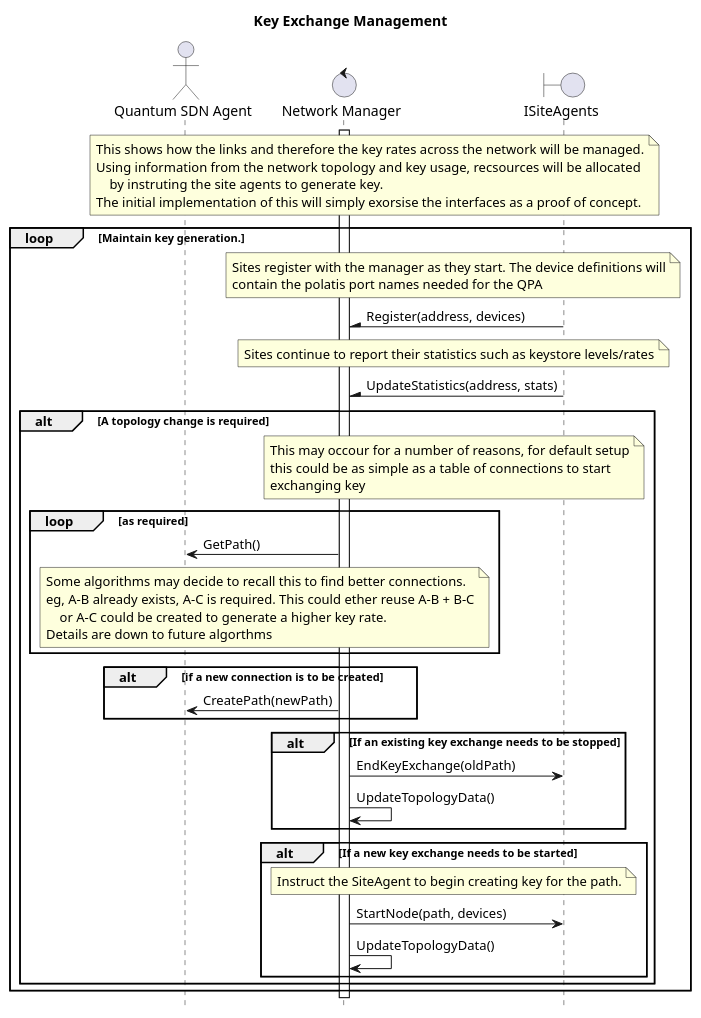
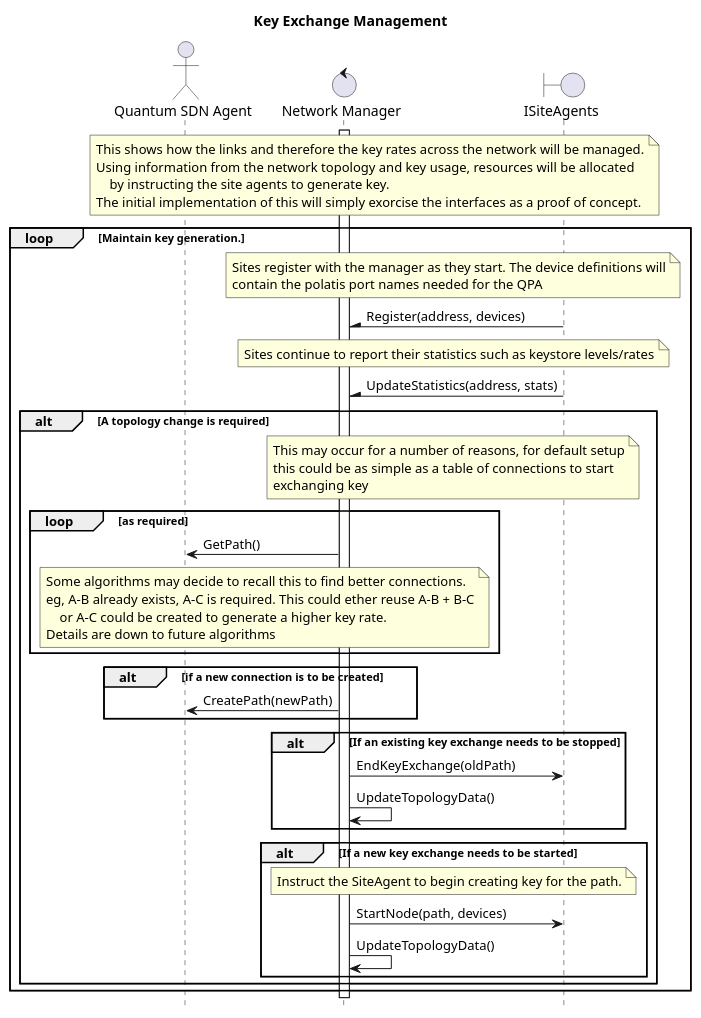
One commit to Open-QKD-Network/cqptoolkit changed the ninth of 18 diagrams in Walkthrough.md. Above: the diagram before and after it, drawn with PlantUML. The commit also changed other lines of this file and 10 other files, not shown here.

```diff
--- a/Walkthrough.md
+++ b/Walkthrough.md
@@ -357,67 +357,67 @@
     @startuml wtKeyExchange
 
         hide footbox
         title Key Exchange Management
 
         actor "Quantum SDN Agent" as qsa
         control "Network Manager" as nm
         boundary "ISiteAgents" as nodeA
 
         note over qsa, nodeA
             This shows how the links and therefore the key rates across the network will be managed.
-            Using information from the network topology and key usage, recsources will be allocated
-                by instruting the site agents to generate key.
-            The initial implementation of this will simply exorsise the interfaces as a proof of concept.
+            Using information from the network topology and key usage, resources will be allocated
+                by instructing the site agents to generate key.
+            The initial implementation of this will simply exorcise the interfaces as a proof of concept.
         end note
 
         activate nm
         loop Maintain key generation.
             note over nm, nodeA
                 Sites register with the manager as they start. The device definitions will
                 contain the polatis port names needed for the QPA
             end note
             nm /- nodeA : Register(address, devices)
 
             note over nm, nodeA
                 Sites continue to report their statistics such as keystore levels/rates
             end note
             nm /- nodeA : UpdateStatistics(address, stats)
 
             alt A topology change is required
                 note over nm, nodeA
-                    This may occour for a number of reasons, for default setup
+                    This may occur for a number of reasons, for default setup
                     this could be as simple as a table of connections to start
                     exchanging key
                 end note
 
                 loop as required
                     nm -> qsa : GetPath()
                     note over qsa, nm
                         Some algorithms may decide to recall this to find better connections.
                         eg, A-B already exists, A-C is required. This could ether reuse A-B + B-C
                             or A-C could be created to generate a higher key rate.
-                        Details are down to future algorthms
+                        Details are down to future algorithms
                     end note
                 end loop
 
                 alt if a new connection is to be created
                     nm -> qsa : CreatePath(newPath)
                 end alt
 
                 alt If an existing key exchange needs to be stopped
                     nm -> nodeA : EndKeyExchange(oldPath)
                     nm -> nm : UpdateTopologyData()
                 end alt
 
                 alt If a new key exchange needs to be started
                     note over nm, nodeA
                         Instruct the SiteAgent to begin creating key for the path.
                     end note
                     nm -> nodeA : StartNode(path, devices)
                     nm -> nm : UpdateTopologyData()
                 end alt
             end alt
         end loop
         deactivate nm
 
     @enduml
```
